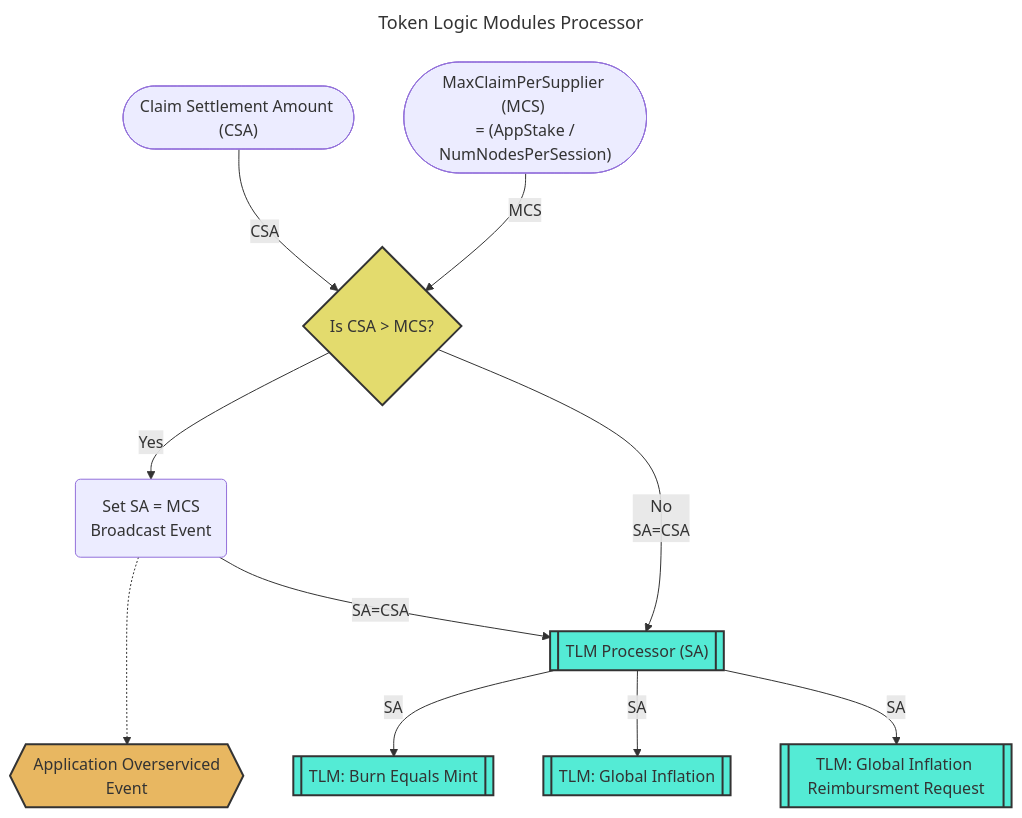
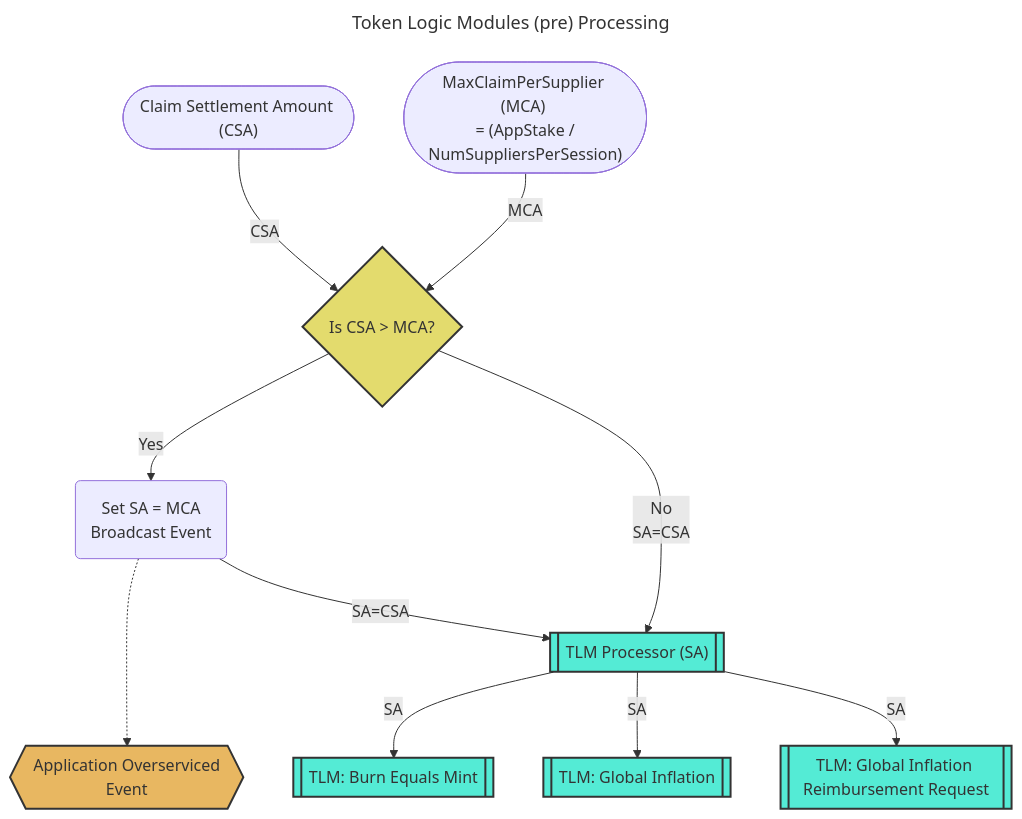
One commit to pokt-network/poktroll changed the first of 4 diagrams in docusaurus/docs/protocol/tokenomics/token_logic_modules.md. Above: the diagram before and after it, drawn with Mermaid. The commit also changed other lines of this file and 12 other files, not shown here.

````diff
--- a/docusaurus/docs/protocol/tokenomics/token_logic_modules.md
+++ b/docusaurus/docs/protocol/tokenomics/token_logic_modules.md
@@ -55,32 +63,32 @@
 ```mermaid
 ---
-title: "Token Logic Modules Processor"
+title: "Token Logic Modules (pre) Processing"
 ---
 flowchart TB
     CSA(["Claim Settlement Amount (CSA)"])
-    MCS(["MaxClaimPerSupplier (MCS) <br> = (AppStake / NumNodesPerSession)"])
-    CC{"Is CSA > MCS?"}
-    Update(Set SA = MCS <br>Broadcast Event)
+    MCA(["MaxClaimPerSupplier (MCA) <br> = (AppStake / NumSuppliersPerSession)"])
+    CC{"Is CSA > MCA?"}
+    Update(Set SA = MCA <br>Broadcast Event)
     SOAE{{Application Overserviced <br> Event}}
     TLMP[["TLM Processor (SA)"]]
 
     CSA -- CSA --> CC
-    MCS -- MCS --> CC
+    MCA -- MCA --> CC
 
     Update -..-> SOAE
     CC -- Yes --> Update
     CC -- No<br>SA=CSA --> TLMP
     Update -- SA=CSA --> TLMP
 
     TLMP --SA--> TLMBEM[[TLM: Burn Equals Mint]]
     TLMP --SA--> TLMGI[[TLM: Global Inflation]]
-    TLMP --SA--> TLMGIRR[[TLM: Global Inflation Reimbursment Request]]
+    TLMP --SA--> TLMGIRR[[TLM: Global Inflation Reimbursement Request]]
 
     classDef tlm fill:#54ebd5,stroke:#333,stroke-width:2px;
     classDef question fill:#e3db6d,stroke:#333,stroke-width:2px;
     classDef event fill:#e8b761,stroke:#333,stroke-width:2px;
 
     class TLMP,TLMBEM,TLMGI,TLMGIRR tlm;
     class SOAE event;
     class CC question;
 ```
````
